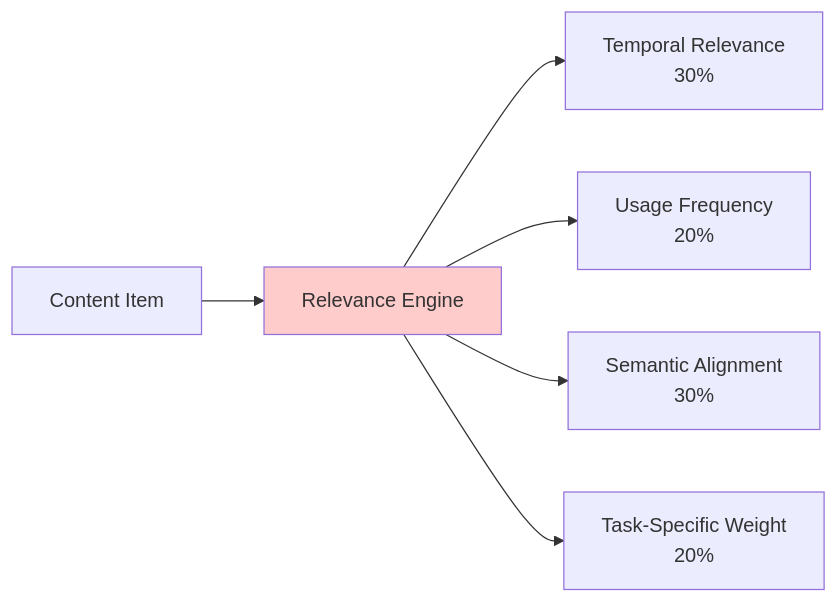
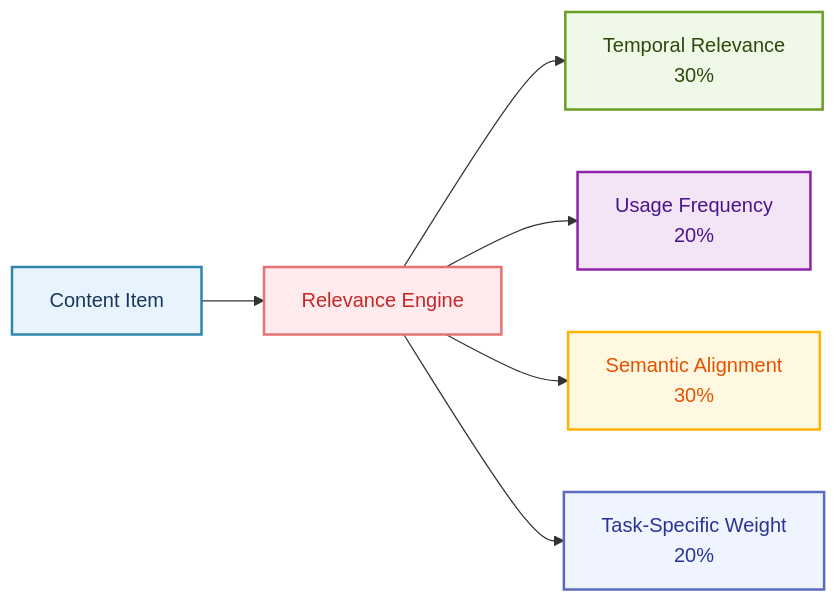
One commit to raphaelmansuy/digital_palace changed the fourth of 17 diagrams in reference/technical-articles/2025-06-29-context-management-llm-agents.md. Above: the diagram before and after it, drawn with Mermaid. The commit also changed other lines of this file, not shown here.

Commit message:
feat: enhance flowchart styles for improved visual clarity and consistency

````diff
--- a/reference/technical-articles/2025-06-29-context-management-llm-agents.md
+++ b/reference/technical-articles/2025-06-29-context-management-llm-agents.md
@@ -167,11 +181,16 @@
 ```mermaid
 flowchart LR
     A[Content Item] --> B[Relevance Engine]
     
     B --> C[Temporal Relevance<br/>30%]
     B --> D[Usage Frequency<br/>20%]
     B --> E[Semantic Alignment<br/>30%]
     B --> F[Task-Specific Weight<br/>20%]
     
-    style B fill:#ffcccc
+    style A fill:#E8F4FD,stroke:#2E86AB,stroke-width:2px,color:#1A365D
+    style B fill:#FFEBEE,stroke:#E57373,stroke-width:2px,color:#C62828
+    style C fill:#F0F9E8,stroke:#6B9C23,stroke-width:2px,color:#2D4A0A
+    style D fill:#F3E5F5,stroke:#8E24AA,stroke-width:2px,color:#4A148C
+    style E fill:#FFF8E1,stroke:#FFB300,stroke-width:2px,color:#E65100
+    style F fill:#F0F4FF,stroke:#5C6BC0,stroke-width:2px,color:#283593
 ```
````
